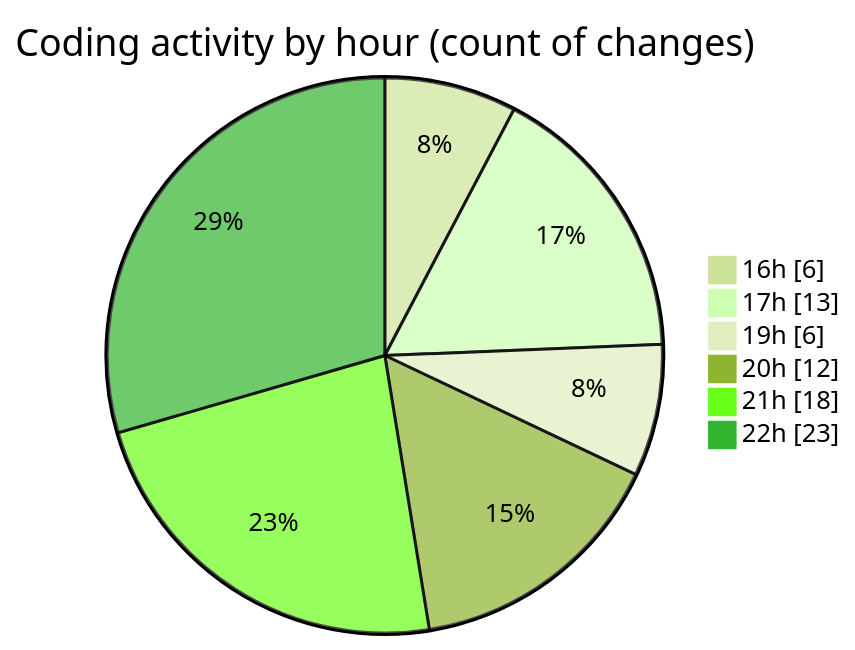
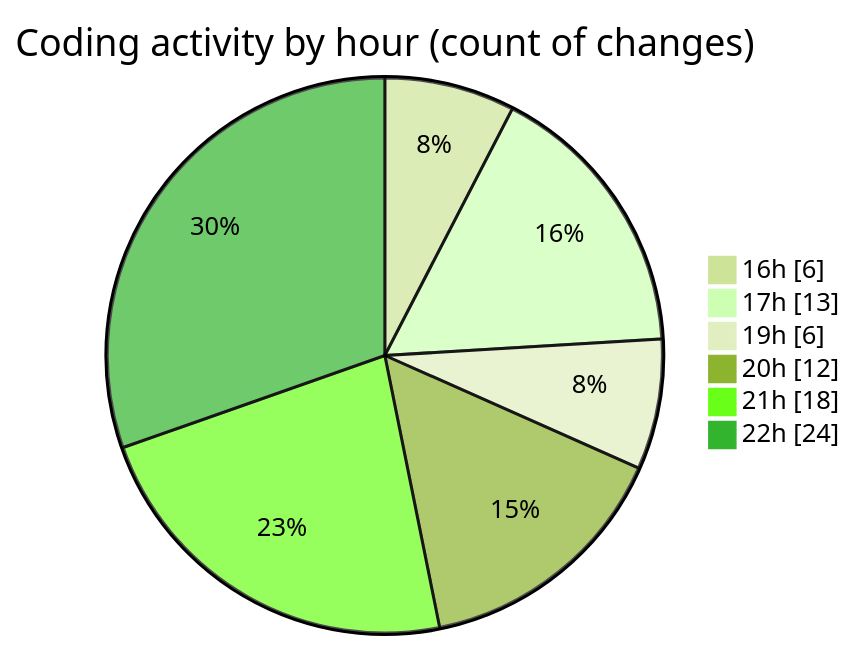
Before and after one commit to idhammustaqopulfikri/code-tracking: the second of 2 diagrams in 2025-06-22/studio-backend/README.md, drawn with Mermaid (forest theme). The commit also changed other lines of this file and 1 other file, not shown here.

````diff
--- a/2025-06-22/studio-backend/README.md
+++ b/2025-06-22/studio-backend/README.md
@@ -39,10 +39,10 @@
 ```mermaid
 pie showData
 title Coding activity by hour (count of changes)
 "16h" : 6
 "17h" : 13
 "19h" : 6
 "20h" : 12
 "21h" : 18
-"22h" : 23
+"22h" : 24
 ```
````
